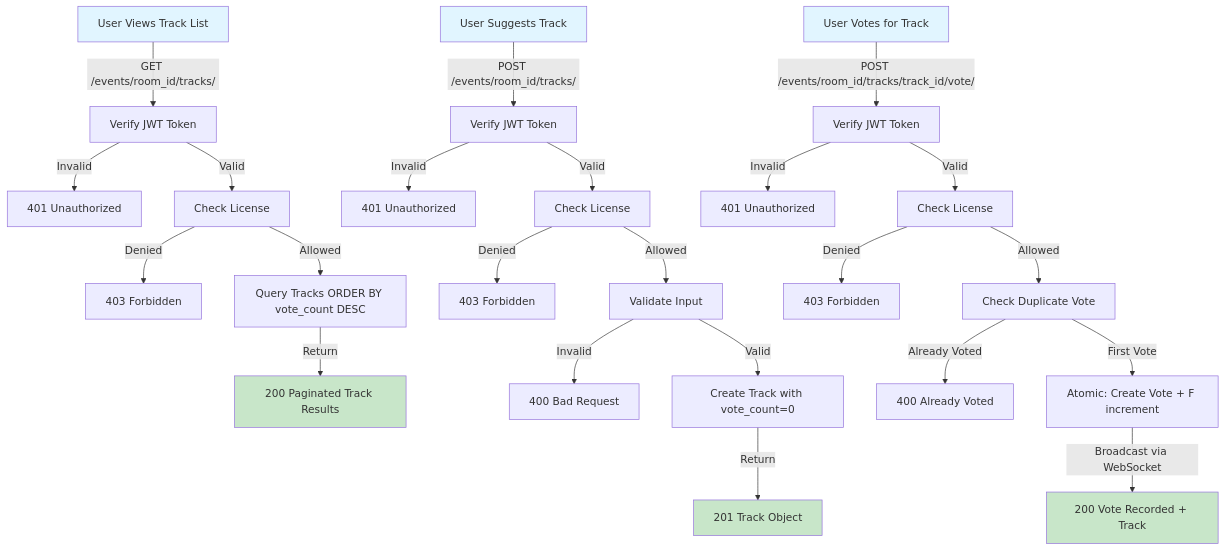
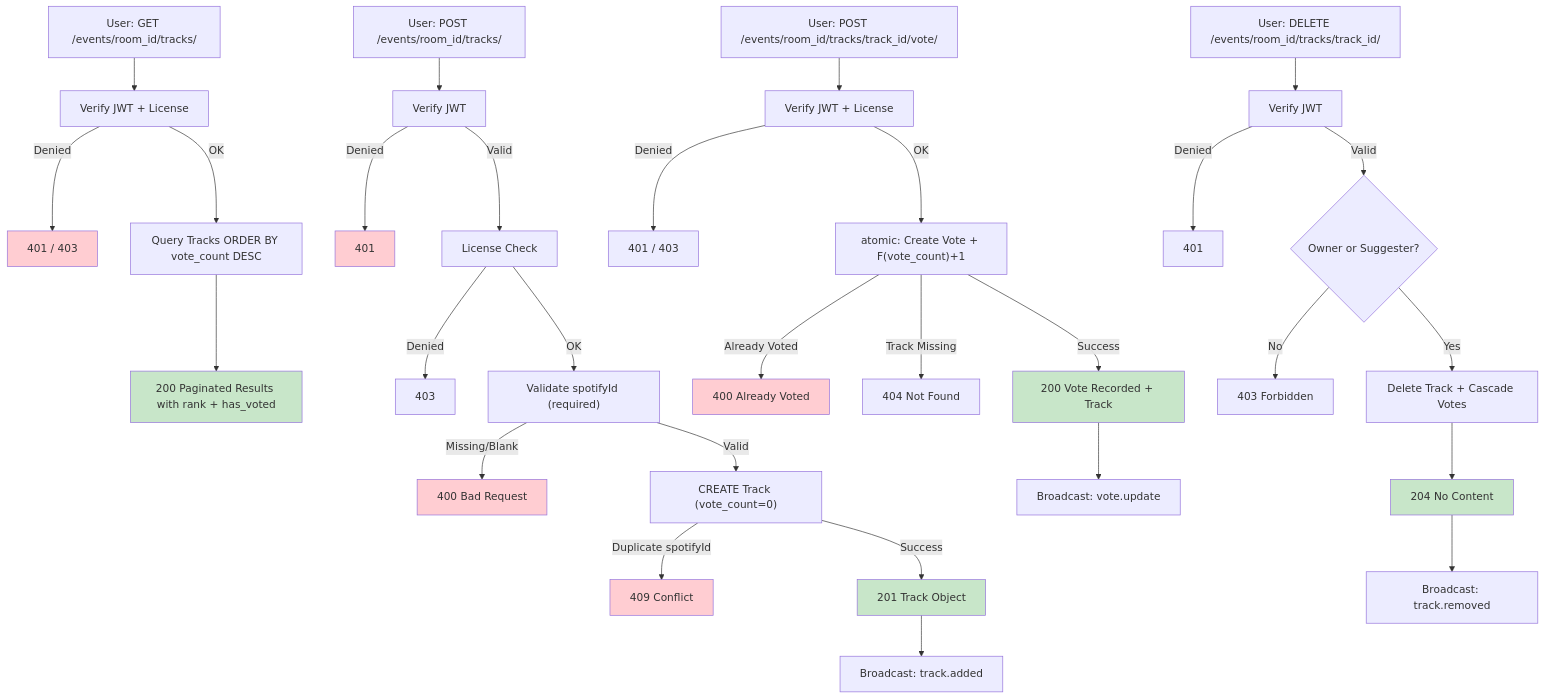
The ninth of 13 diagrams in API_SCHEMAS.md (RadiantVixen/music-room), drawn with Mermaid before and after one commit. The commit also changed other lines of this file and 65 other files, not shown here.

````diff
--- a/API_SCHEMAS.md
+++ b/API_SCHEMAS.md
@@ -1134,34 +864,44 @@
 ```mermaid
 graph TD
-    A["User Views Track List"] -->|GET /events/room_id/tracks/| B["Verify JWT Token"]
-    B -->|Invalid| C["401 Unauthorized"]
-    B -->|Valid| D["Check License"]
-    D -->|Denied| E["403 Forbidden"]
-    D -->|Allowed| F["Query Tracks ORDER BY vote_count DESC"]
-    F -->|Return| G["200 Paginated Track Results"]
-    
-    H["User Suggests Track"] -->|POST /events/room_id/tracks/| I["Verify JWT Token"]
-    I -->|Invalid| J["401 Unauthorized"]
-    I -->|Valid| K["Check License"]
-    K -->|Denied| L["403 Forbidden"]
-    K -->|Allowed| M["Validate Input"]
-    M -->|Invalid| N["400 Bad Request"]
-    M -->|Valid| O["Create Track with vote_count=0"]
-    O -->|Return| P["201 Track Object"]
-    
-    Q["User Votes for Track"] -->|POST /events/room_id/tracks/track_id/vote/| R["Verify JWT Token"]
-    R -->|Invalid| S["401 Unauthorized"]
-    R -->|Valid| T["Check License"]
-    T -->|Denied| U["403 Forbidden"]
-    T -->|Allowed| V["Check Duplicate Vote"]
-    V -->|Already Voted| W["400 Already Voted"]
-    V -->|First Vote| X["Atomic: Create Vote + F increment"]
-    X -->|Broadcast via WebSocket| Y["200 Vote Recorded + Track"]
-    
-    style A fill:#e1f5ff
-    style H fill:#e1f5ff
-    style Q fill:#e1f5ff
-    style G fill:#c8e6c9
-    style P fill:#c8e6c9
-    style Y fill:#c8e6c9
+    A["User: GET /events/room_id/tracks/"] --> B["Verify JWT + License"]
+    B -->|Denied| C["401 / 403"]
+    B -->|OK| D["Query Tracks ORDER BY vote_count DESC"]
+    D --> E["200 Paginated Results with rank + has_voted"]
+
+    F["User: POST /events/room_id/tracks/"] --> G["Verify JWT"]
+    G -->|Denied| H["401"]
+    G -->|Valid| I["License Check"]
+    I -->|Denied| J["403"]
+    I -->|OK| K["Validate spotifyId (required)"]
+    K -->|Missing/Blank| L["400 Bad Request"]
+    K -->|Valid| M["CREATE Track (vote_count=0)"]
+    M -->|Duplicate spotifyId| N["409 Conflict"]
+    M -->|Success| O["201 Track Object"]
+    O --> P["Broadcast: track.added"]
+
+    Q["User: POST /events/room_id/tracks/track_id/vote/"] --> R["Verify JWT + License"]
+    R -->|Denied| S["401 / 403"]
+    R -->|OK| T["atomic: Create Vote + F(vote_count)+1"]
+    T -->|Already Voted| U["400 Already Voted"]
+    T -->|Track Missing| V["404 Not Found"]
+    T -->|Success| W["200 Vote Recorded + Track"]
+    W --> X["Broadcast: vote.update"]
+
+    Y["User: DELETE /events/room_id/tracks/track_id/"] --> Z["Verify JWT"]
+    Z -->|Denied| AA["401"]
+    Z -->|Valid| AB{"Owner or Suggester?"}
+    AB -->|No| AC["403 Forbidden"]
+    AB -->|Yes| AD["Delete Track + Cascade Votes"]
+    AD --> AE["204 No Content"]
+    AE --> AF["Broadcast: track.removed"]
+
+    style E fill:#c8e6c9
+    style O fill:#c8e6c9
+    style W fill:#c8e6c9
+    style AE fill:#c8e6c9
+    style C fill:#ffcdd2
+    style H fill:#ffcdd2
+    style L fill:#ffcdd2
+    style N fill:#ffcdd2
+    style U fill:#ffcdd2
 ```
````
